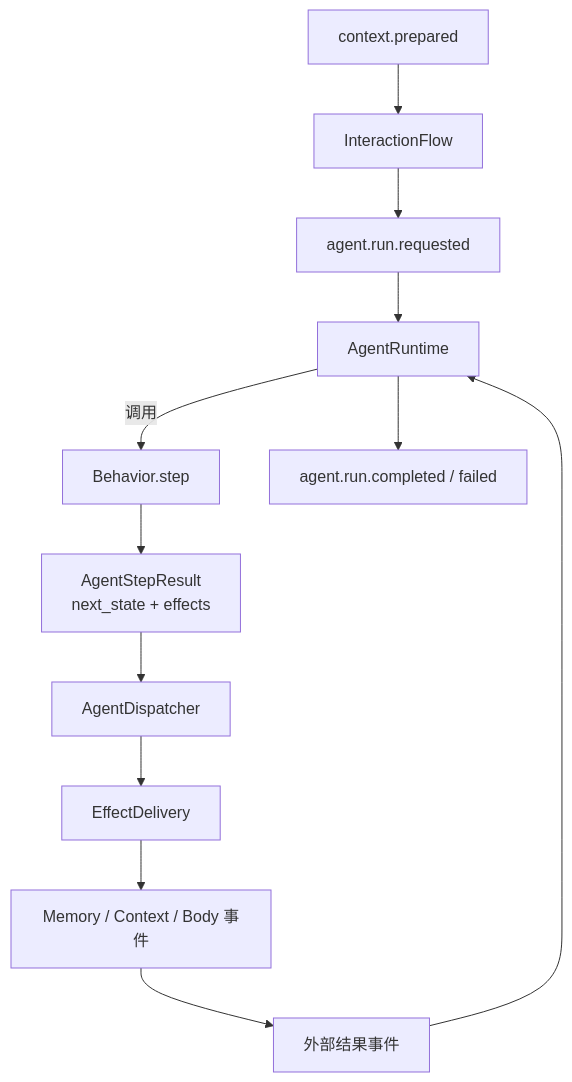
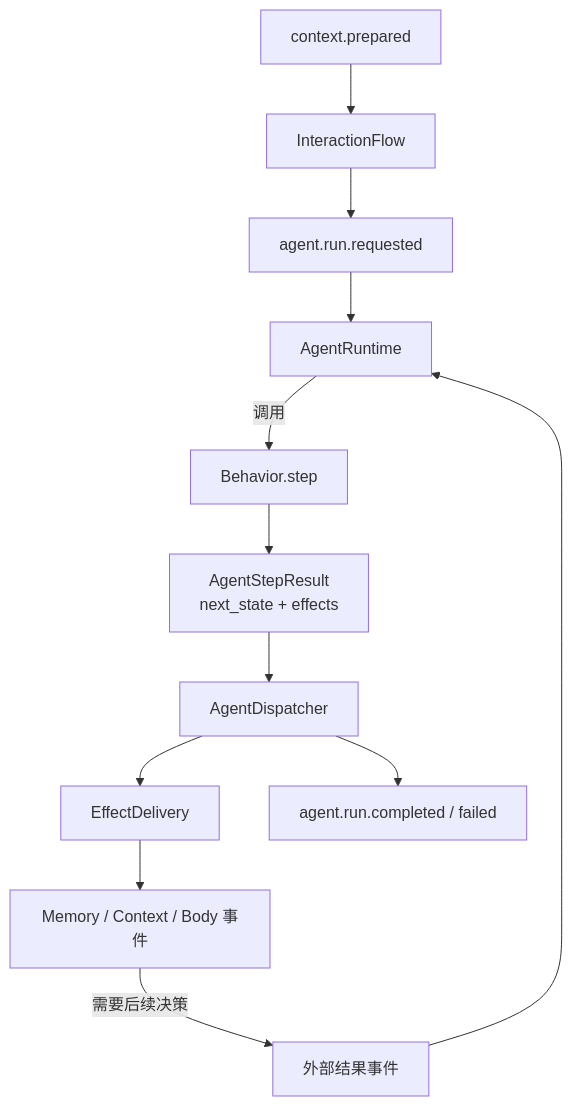
One commit to FXLYawa/SenaBot changed the diagram in src/core/agent/README.md. Above: the diagram before and after it, drawn with Mermaid. The commit also changed other lines of this file and 13 other files, not shown here.

First line of the commit message:
refactor(agent): 解耦回复交付与 Run 生命周期

````diff
--- a/src/core/agent/README.md
+++ b/src/core/agent/README.md
@@ -9,14 +9,14 @@
 ```mermaid
 flowchart TD
     Prepared["context.prepared"] --> Interaction["InteractionFlow"]
     Interaction --> Request["agent.run.requested"]
     Request --> Runtime["AgentRuntime"]
     Runtime -->|"调用"| Behavior["Behavior.step"]
     Behavior --> Step["AgentStepResult\nnext_state + effects"]
     Step --> Dispatcher["AgentDispatcher"]
     Dispatcher --> Delivery["EffectDelivery"]
     Delivery --> Events["Memory / Context / Body 事件"]
-    Events --> Result["外部结果事件"]
+    Events -->|"需要后续决策"| Result["外部结果事件"]
     Result --> Runtime
-    Runtime --> Terminal["agent.run.completed / failed"]
+    Dispatcher --> Terminal["agent.run.completed / failed"]
 ```
````
